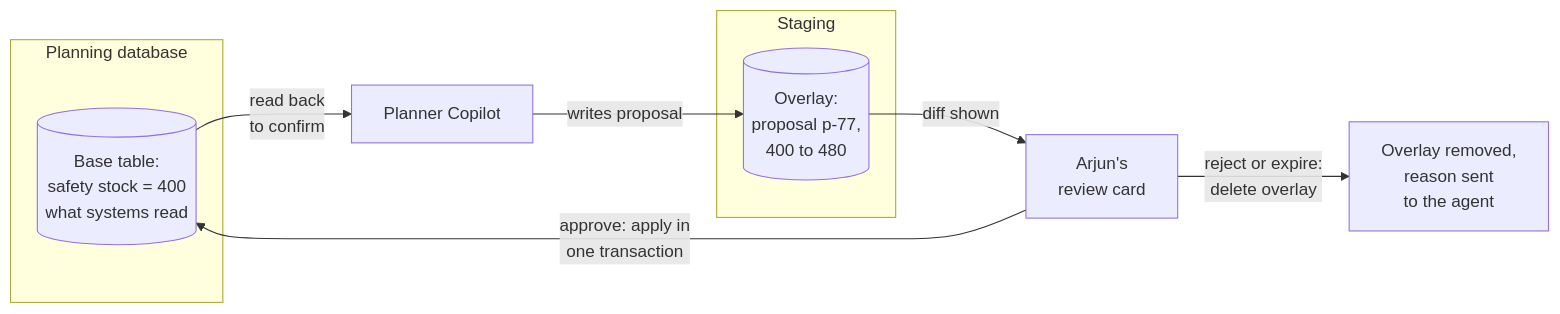
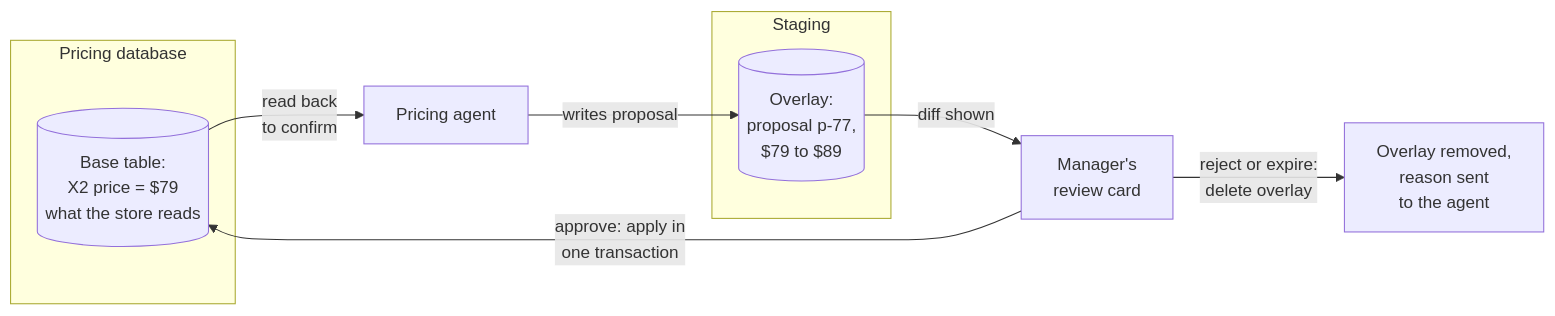
One commit to shubamchaudhary/CodeNITW changed the seventh of 8 diagrams in src/Data/aiStackDocs/CH-07.md. Above: the diagram before and after it, drawn with Mermaid. The commit also changed other lines of this file and 32 other files, not shown here.

````diff
--- a/src/Data/aiStackDocs/CH-07.md
+++ b/src/Data/aiStackDocs/CH-07.md
@@ -206,14 +206,14 @@
 ```mermaid
 flowchart LR
-    subgraph LIVE["Planning database"]
-        BASE[("Base table:<br/>safety stock = 400<br/>what systems read")]
+    subgraph LIVE["Pricing database"]
+        BASE[("Base table:<br/>X2 price = $79<br/>what the store reads")]
     end
     subgraph STAGE["Staging"]
-        OV[("Overlay:<br/>proposal p-77,<br/>400 to 480")]
+        OV[("Overlay:<br/>proposal p-77,<br/>$79 to $89")]
     end
-    AG["Planner Copilot"] -->|"writes proposal"| OV
-    OV -->|"diff shown"| AR["Arjun's<br/>review card"]
+    AG["Pricing agent"] -->|"writes proposal"| OV
+    OV -->|"diff shown"| AR["Manager's<br/>review card"]
     AR -->|"approve: apply in<br/>one transaction"| BASE
     AR -->|"reject or expire:<br/>delete overlay"| DEL["Overlay removed,<br/>reason sent<br/>to the agent"]
     BASE -->|"read back<br/>to confirm"| AG
 ```
````
